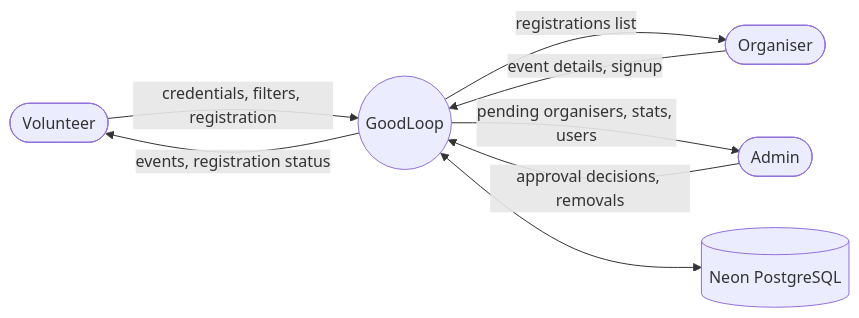
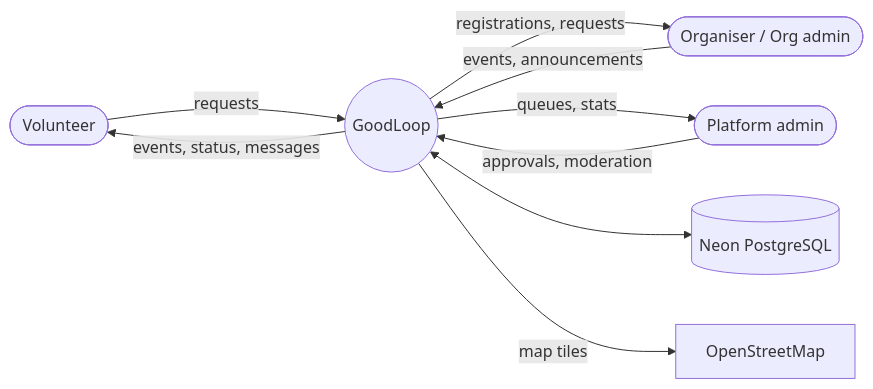
One commit to Saransh-Jainbu/goodloop changed the third of 16 diagrams in docs/PROJECT_REPORT.md. Above: the diagram before and after it, drawn with Mermaid. The commit also changed other lines of this file and 37 other files, not shown here.

Commit message:
Report: describe the final system including organisations, with real screenshots and rendered diagrams

````diff
--- a/docs/PROJECT_REPORT.md
+++ b/docs/PROJECT_REPORT.md
@@ -126,10 +213,11 @@
 ```mermaid
 flowchart LR
-    V([Volunteer]) -- credentials, filters, registration --> S((GoodLoop))
-    S -- events, registration status --> V
-    O([Organiser]) -- event details, signup --> S
-    S -- registrations list --> O
-    A([Admin]) -- approval decisions, removals --> S
-    S -- pending organisers, stats, users --> A
+    V([Volunteer]) -- requests --> S((GoodLoop))
+    S -- events, status, messages --> V
+    O([Organiser / Org admin]) -- events, announcements --> S
+    S -- registrations, requests --> O
+    A([Platform admin]) -- approvals, moderation --> S
+    S -- queues, stats --> A
     S <--> D[(Neon PostgreSQL)]
+    S -- map tiles --> T[OpenStreetMap]
 ```
````
